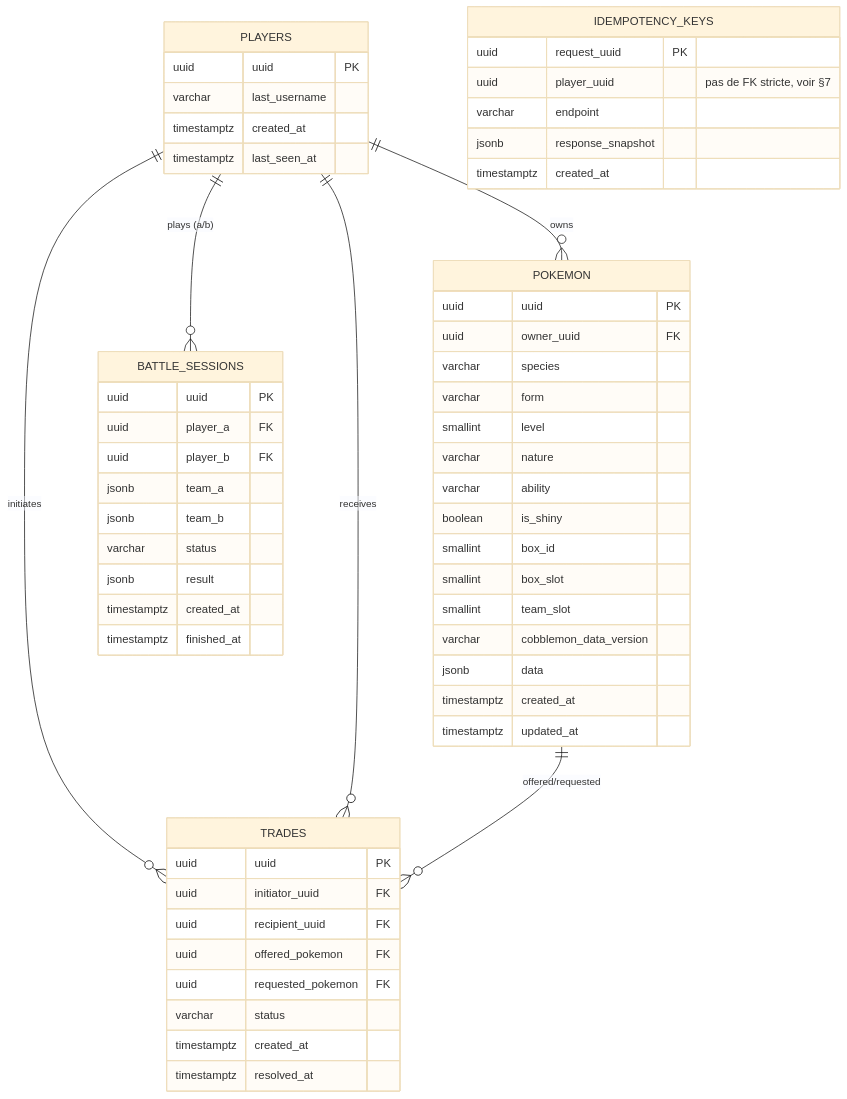
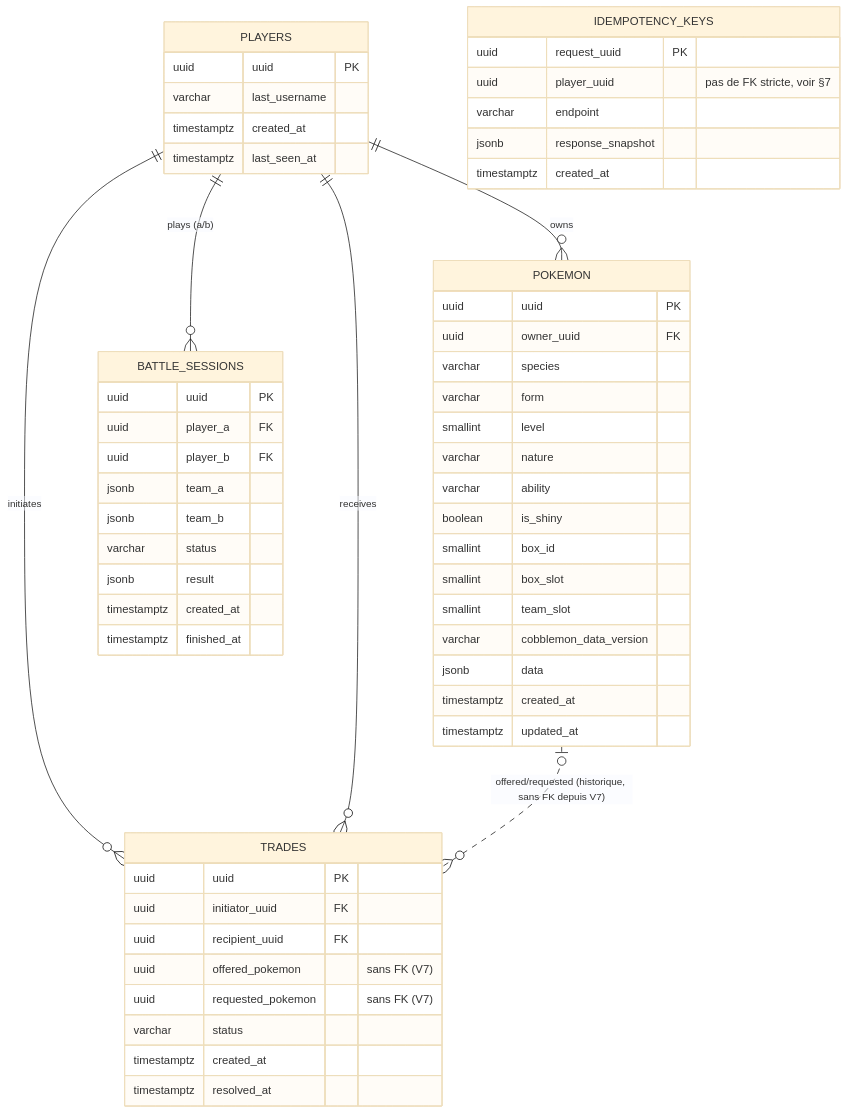
One commit to TrAdrienGit/Phantasmon-Backend changed the diagram in Documentation/PHANTASMON_DB_SCHEMA.md. Above: the diagram before and after it, drawn with Mermaid (base theme). The commit also changed other lines of this file and 12 other files, not shown here.

````diff
--- a/Documentation/PHANTASMON_DB_SCHEMA.md
+++ b/Documentation/PHANTASMON_DB_SCHEMA.md
@@ -61,64 +62,64 @@
 ```mermaid
 erDiagram
     PLAYERS ||--o{ POKEMON : owns
     PLAYERS ||--o{ TRADES : initiates
     PLAYERS ||--o{ TRADES : receives
     PLAYERS ||--o{ BATTLE_SESSIONS : "plays (a/b)"
-    POKEMON ||--o{ TRADES : "offered/requested"
+    POKEMON |o..o{ TRADES : "offered/requested (historique, sans FK depuis V7)"
 
     PLAYERS {
         uuid uuid PK
         varchar last_username
         timestamptz created_at
         timestamptz last_seen_at
     }
 
     POKEMON {
         uuid uuid PK
         uuid owner_uuid FK
         varchar species
         varchar form
         smallint level
         varchar nature
         varchar ability
         boolean is_shiny
         smallint box_id
         smallint box_slot
         smallint team_slot
         varchar cobblemon_data_version
         jsonb data
         timestamptz created_at
         timestamptz updated_at
     }
 
     TRADES {
         uuid uuid PK
         uuid initiator_uuid FK
         uuid recipient_uuid FK
-        uuid offered_pokemon FK
-        uuid requested_pokemon FK
+        uuid offered_pokemon "sans FK (V7)"
+        uuid requested_pokemon "sans FK (V7)"
         varchar status
         timestamptz created_at
         timestamptz resolved_at
     }
 
     BATTLE_SESSIONS {
         uuid uuid PK
         uuid player_a FK
         uuid player_b FK
         jsonb team_a
         jsonb team_b
         varchar status
         jsonb result
         timestamptz created_at
         timestamptz finished_at
     }
 
     IDEMPOTENCY_KEYS {
         uuid request_uuid PK
         uuid player_uuid "pas de FK stricte, voir §7"
         varchar endpoint
         jsonb response_snapshot
         timestamptz created_at
     }
 ```
````
